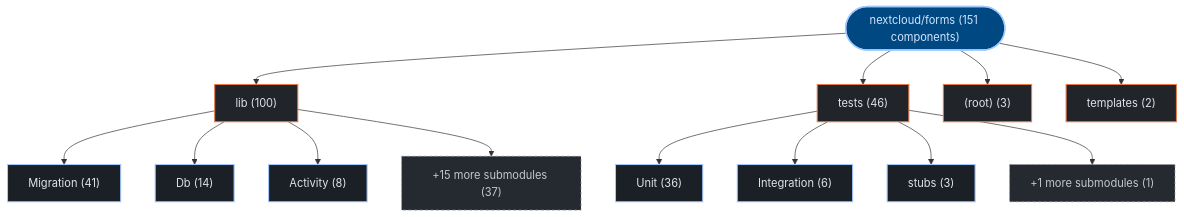
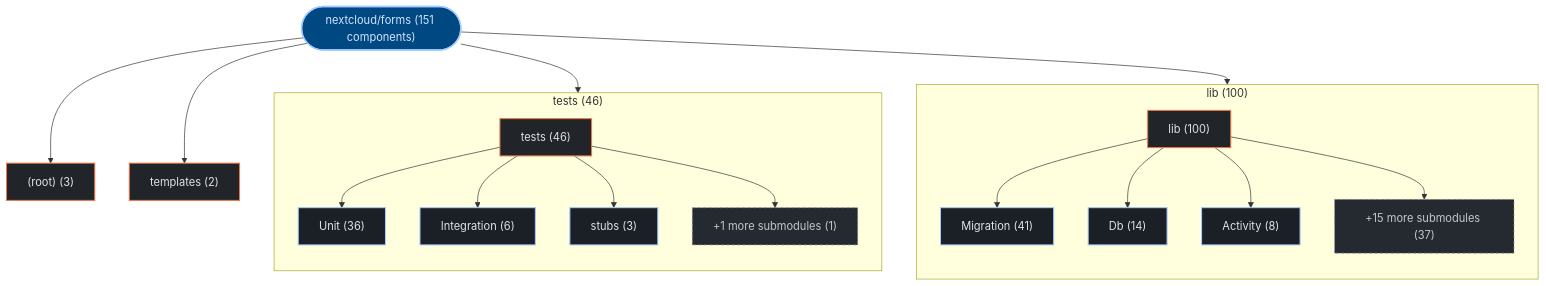
One commit to kumarshaz/atruss-code-atlas changed the first of 2 diagrams in exports/latest/reports/nextcloud-forms-report.md. Above: the diagram before and after it, drawn with Mermaid. The commit also changed 178 other files, not shown here.

Commit message:
feat(ui,mermaid): upgrade to mermaid v12 + ELK layout, add orgs-summary + pagination, subgraph building blocks, fix tab alignment

````diff
--- a/exports/latest/reports/nextcloud-forms-report.md
+++ b/exports/latest/reports/nextcloud-forms-report.md
@@ -42,35 +42,41 @@
 ```mermaid
 graph TD;
   classDef atlasRoot fill:#004882,stroke:#a3c9ff,stroke-width:2px,color:#d3e4ff
   classDef atlasCategory fill:#212428,stroke:#E87A48,stroke-width:1.5px,color:#dfe3eb
   classDef atlasWorkflow fill:#1b2026,stroke:#a3c9ff,stroke-width:1.5px,color:#dfe3eb
   classDef atlasJob fill:#171c22,stroke:#8d9199,stroke-width:1px,color:#dfe3eb
   classDef atlasTarget fill:#005227,stroke:#8bd99b,stroke-width:1.5px,color:#a7f6b6
   classDef atlasAlert fill:#93000a,stroke:#ffb4ab,stroke-width:1.5px,color:#ffdad6
   classDef atlasMore fill:#252a31,stroke:#8d9199,stroke-dasharray:4 4,color:#c3c6cf
     repo_root(["nextcloud/forms (151 components)"]):::atlasRoot
-    dir_0_lib["lib (100)"]:::atlasCategory
+    subgraph sg_dir_0_lib["lib (100)"]
+      direction TB
+      dir_0_lib["lib (100)"]:::atlasCategory
+      sub_0_0_Migration["Migration (41)"]:::atlasWorkflow
+      dir_0_lib --> sub_0_0_Migration
+      sub_0_1_Db["Db (14)"]:::atlasWorkflow
+      dir_0_lib --> sub_0_1_Db
+      sub_0_2_Activity["Activity (8)"]:::atlasWorkflow
+      dir_0_lib --> sub_0_2_Activity
+      sub_0_more["+15 more submodules (37)"]:::atlasMore
+      dir_0_lib --> sub_0_more
+    end
     repo_root --> dir_0_lib
-    sub_0_0_Migration["Migration (41)"]:::atlasWorkflow
-    dir_0_lib --> sub_0_0_Migration
-    sub_0_1_Db["Db (14)"]:::atlasWorkflow
-    dir_0_lib --> sub_0_1_Db
-    sub_0_2_Activity["Activity (8)"]:::atlasWorkflow
-    dir_0_lib --> sub_0_2_Activity
-    sub_0_more["+15 more submodules (37)"]:::atlasMore
-    dir_0_lib --> sub_0_more
-    dir_1_tests["tests (46)"]:::atlasCategory
+    subgraph sg_dir_1_tests["tests (46)"]
+      direction TB
+      dir_1_tests["tests (46)"]:::atlasCategory
+      sub_1_0_Unit["Unit (36)"]:::atlasWorkflow
+      dir_1_tests --> sub_1_0_Unit
+      sub_1_1_Integration["Integration (6)"]:::atlasWorkflow
+      dir_1_tests --> sub_1_1_Integration
+      sub_1_2_stubs["stubs (3)"]:::atlasWorkflow
+      dir_1_tests --> sub_1_2_stubs
+      sub_1_more["+1 more submodules (1)"]:::atlasMore
+      dir_1_tests --> sub_1_more
+    end
     repo_root --> dir_1_tests
-    sub_1_0_Unit["Unit (36)"]:::atlasWorkflow
-    dir_1_tests --> sub_1_0_Unit
-    sub_1_1_Integration["Integration (6)"]:::atlasWorkflow
-    dir_1_tests --> sub_1_1_Integration
-    sub_1_2_stubs["stubs (3)"]:::atlasWorkflow
-    dir_1_tests --> sub_1_2_stubs
-    sub_1_more["+1 more submodules (1)"]:::atlasMore
-    dir_1_tests --> sub_1_more
     dir_2__root_["(root) (3)"]:::atlasCategory
     repo_root --> dir_2__root_
     dir_3_templates["templates (2)"]:::atlasCategory
     repo_root --> dir_3_templates
 ```
````
